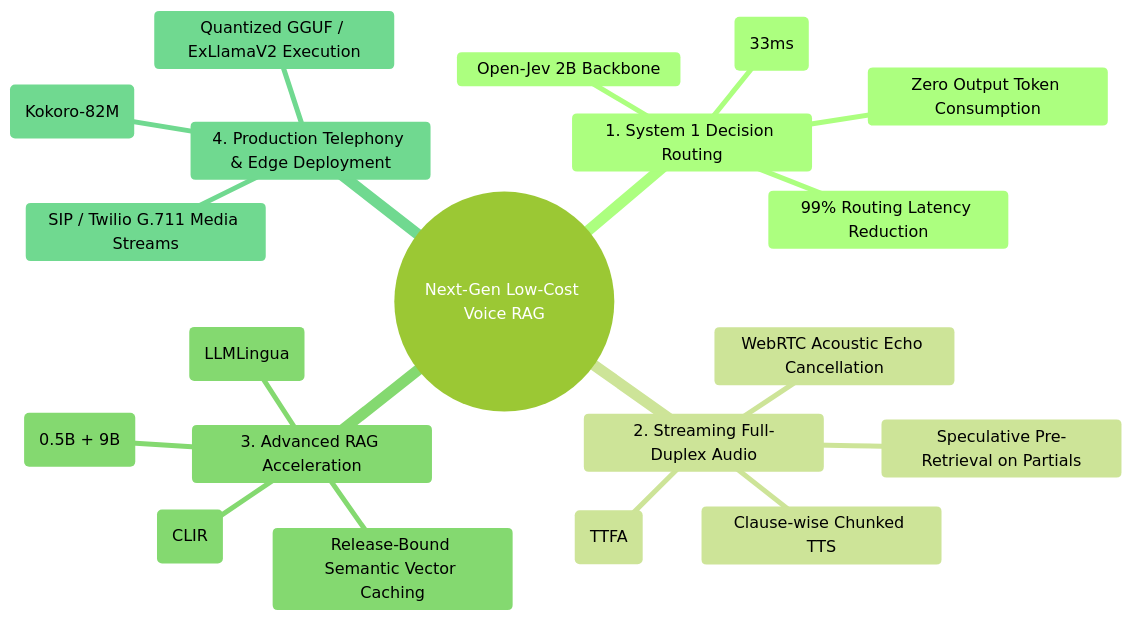
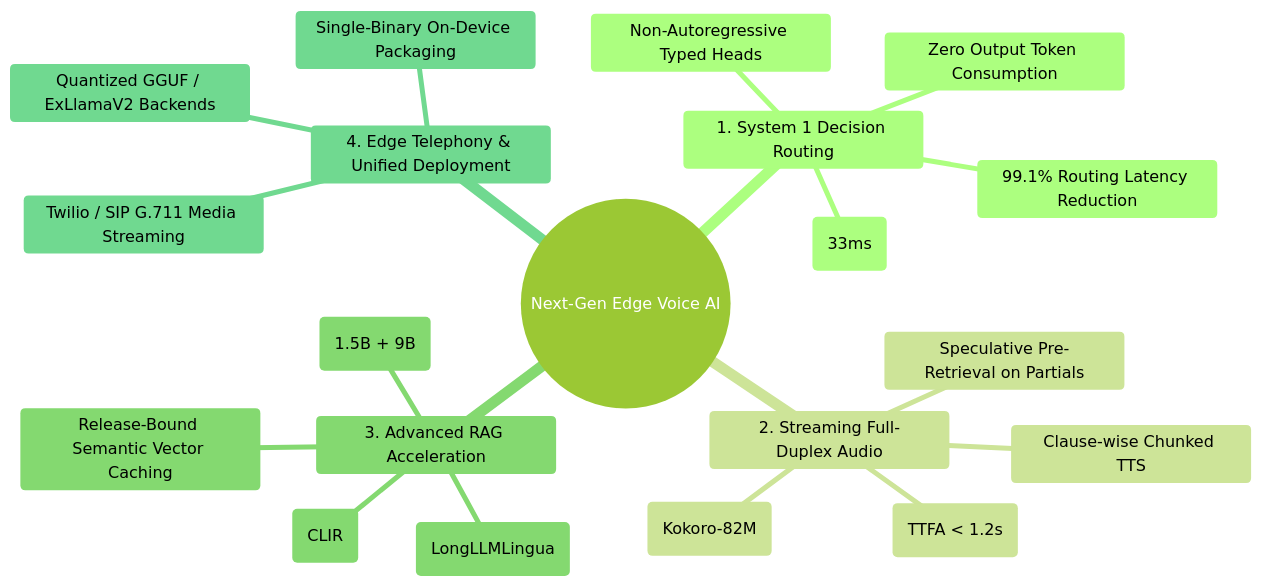
One commit to Punyansh26/minorprojectsem5 changed the first of 2 diagrams in idea/presentation/minor/04_STRATEGIC_ROADMAP_AND_EFFICIENCY_ENHANCEMENTS.md. Above: the diagram before and after it, drawn with Mermaid (forest theme). The commit also changed other lines of this file and 18 other files, not shown here.

````diff
--- a/idea/presentation/minor/04_STRATEGIC_ROADMAP_AND_EFFICIENCY_ENHANCEMENTS.md
+++ b/idea/presentation/minor/04_STRATEGIC_ROADMAP_AND_EFFICIENCY_ENHANCEMENTS.md
@@ -14,23 +17,23 @@
 ```mermaid
 mindmap
-  root((Next-Gen Low-Cost Voice RAG))
+  root((Next-Gen Edge Voice AI))
     1. System 1 Decision Routing
       Laya ModernBERT 421M (33ms)
-      Open-Jev 2B Backbone
+      Non-Autoregressive Typed Heads
       Zero Output Token Consumption
-      99% Routing Latency Reduction
+      99.1% Routing Latency Reduction
     2. Streaming Full-Duplex Audio
       Clause-wise Chunked TTS
-      Sub-second Time-to-First-Audio (TTFA)
+      Sub-second Time-to-First-Audio (TTFA < 1.2s)
       Speculative Pre-Retrieval on Partials
-      WebRTC Acoustic Echo Cancellation
+      100% Offline Speech (Kokoro-82M)
     3. Advanced RAG Acceleration
-      Speculative RAG Drafting (0.5B + 9B)
+      Speculative RAG Drafting (1.5B + 9B)
       Release-Bound Semantic Vector Caching
       Cross-Lingual Information Retrieval (CLIR)
-      Context Token Pruning (LLMLingua)
-    4. Production Telephony & Edge Deployment
-      SIP / Twilio G.711 Media Streams
-      Air-Gapped Local Speech (Kokoro-82M)
-      Quantized GGUF / ExLlamaV2 Execution
+      Context Token Pruning (LongLLMLingua)
+    4. Edge Telephony & Unified Deployment
+      Twilio / SIP G.711 Media Streaming
+      Quantized GGUF / ExLlamaV2 Backends
+      Single-Binary On-Device Packaging
 ```
````
